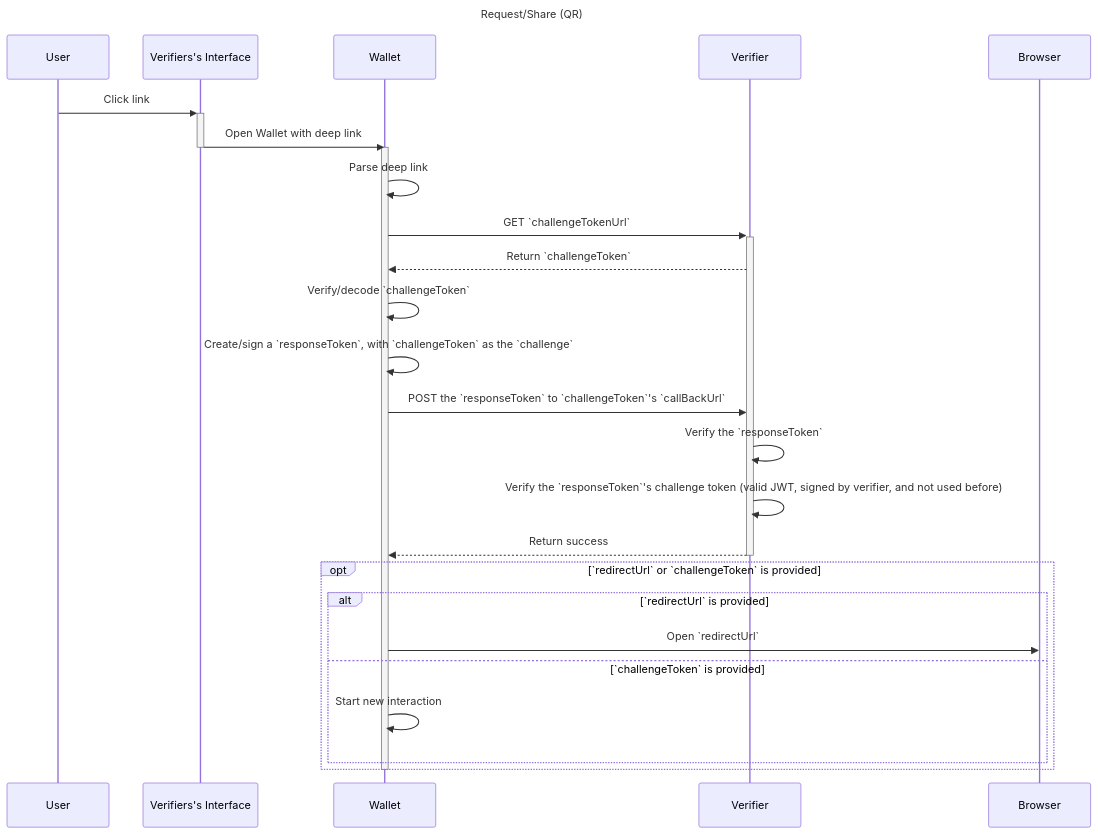
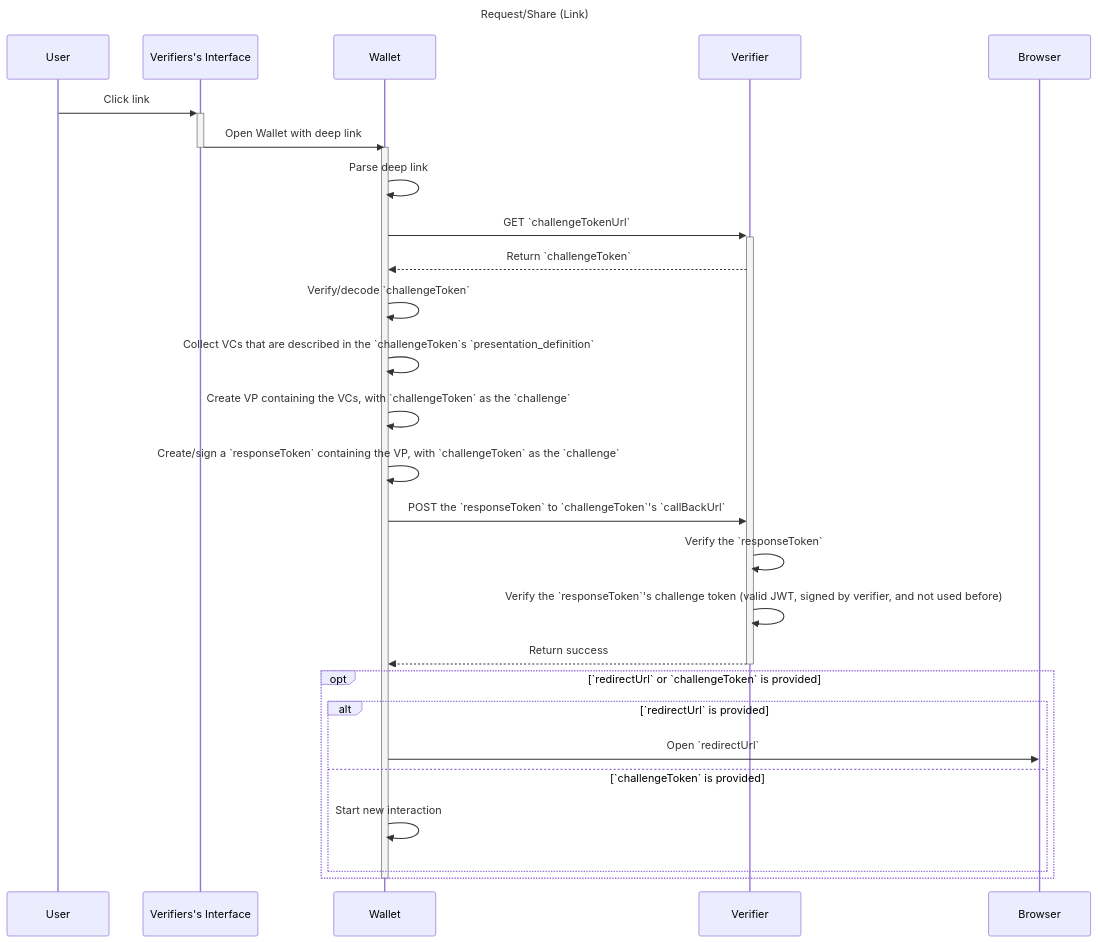
The sixth of 6 diagrams in spec/spec.md (decentralized-identity/wallet-and-credential-interactions), drawn with Mermaid before and after one commit. The commit also changed other lines of this file, not shown here.

````diff
--- a/spec/spec.md
+++ b/spec/spec.md
@@ -514,33 +626,35 @@
 ```mermaid
 sequenceDiagram
-  title: Request/Share (QR)
+  title: Request/Share (Link)
 
   User ->>+ Verifiers's Interface: Click link
 
   Verifiers's Interface ->>- Wallet: Open Wallet with deep link
 
   activate Wallet
 
   Wallet ->> Wallet: Parse deep link
 
   Wallet ->>+ Verifier: GET `challengeTokenUrl`
   Verifier -->> Wallet: Return `challengeToken`
 
   Wallet ->> Wallet: Verify/decode `challengeToken`
-  Wallet ->> Wallet: Create/sign a `responseToken`, with `challengeToken` as the `challenge`
+  Wallet ->> Wallet: Collect VCs that are described in the `challengeToken`s `presentation_definition`
+  Wallet ->> Wallet: Create VP containing the VCs, with `challengeToken` as the `challenge`
+  Wallet ->> Wallet: Create/sign a `responseToken` containing the VP, with `challengeToken` as the `challenge`
 
   Wallet ->> Verifier: POST the `responseToken` to `challengeToken`'s `callBackUrl`
   Verifier ->> Verifier: Verify the `responseToken`
   Verifier ->> Verifier: Verify the `responseToken`'s challenge token (valid JWT, signed by verifier, and not used before)
   Verifier -->>- Wallet: Return success
 
   opt `redirectUrl` or `challengeToken` is provided
     alt `redirectUrl` is provided
       Wallet ->> Browser: Open `redirectUrl`
     else `challengeToken` is provided
       Wallet ->> Wallet: Start new interaction
     end
   end
 
   deactivate Wallet
 ```
````
